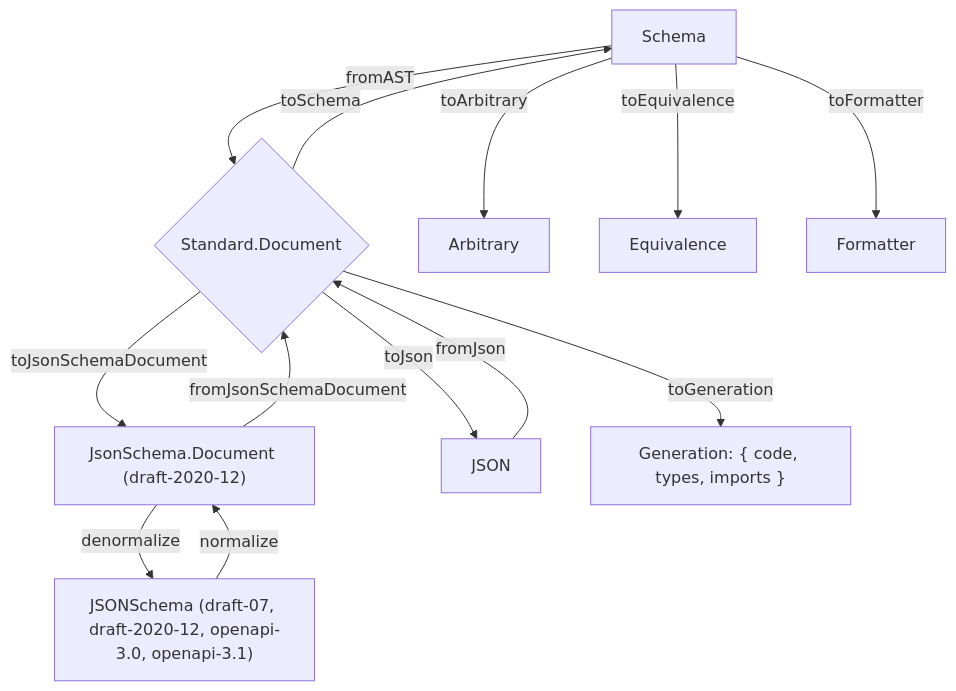
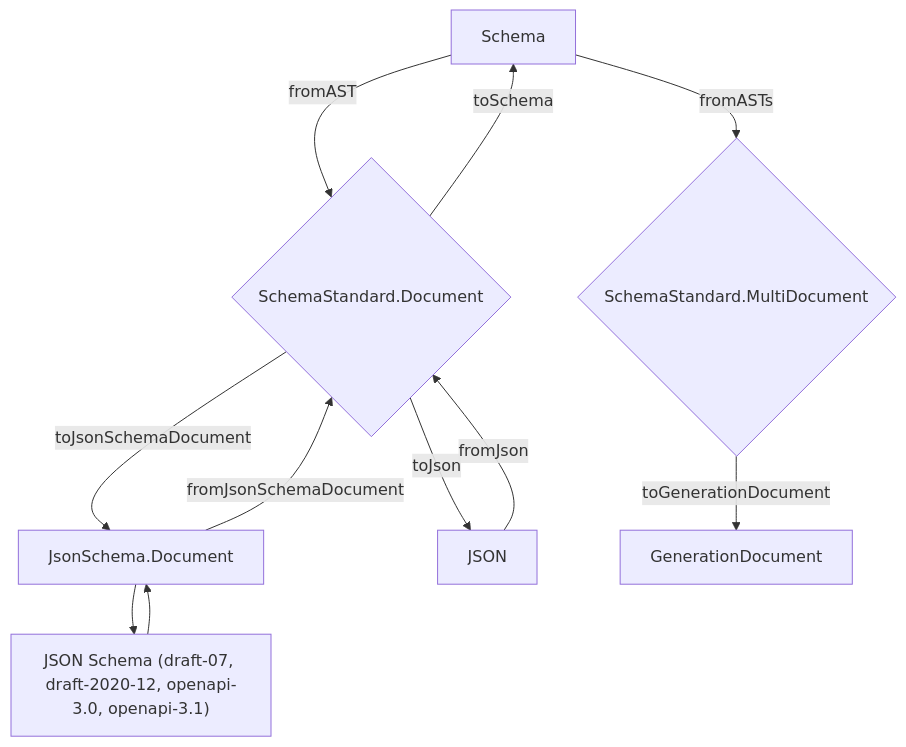
Before and after one commit to suddenlyGiovanni/effect-smol: the third of 3 diagrams in packages/effect/SCHEMA.md, drawn with Mermaid. The commit also changed other lines of this file and 7 other files, not shown here.

````diff
--- a/packages/effect/SCHEMA.md
+++ b/packages/effect/SCHEMA.md
@@ -6405,15 +610,13 @@
 ```mermaid
 flowchart TD
-    Schema -->|fromAST|StandardAST{"Standard.Document"}
-    JS["JSONSchema (draft-07, draft-2020-12, openapi-3.0, openapi-3.1)"] -->|normalize|NJS
-    NJS --> |denormalize|JS
-    NJS["JsonSchema.Document (draft-2020-12)"] -->|fromJsonSchemaDocument|StandardAST
-    StandardAST --> |toJson|JSON
-    JSON --> |fromJson|StandardAST
-    StandardAST --> |toJsonSchemaDocument|NJS
-    StandardAST --> |toSchema|Schema
-    StandardAST --> |toGeneration|Generation["Generation: { code, types, imports }"]
-    Schema --> |toArbitrary|Arbitrary
-    Schema --> |toEquivalence|Equivalence
-    Schema --> |toFormatter|Formatter
+    Schema -->|fromAST|SSD{"SchemaStandard.Document"}
+    Schema -->|fromASTs|SSMD{"SchemaStandard.MultiDocument"}
+    JS["JSON Schema (draft-07, draft-2020-12, openapi-3.0, openapi-3.1)"] -->NJS
+    NJS --> JS
+    NJS["JsonSchema.Document"] -->|fromJsonSchemaDocument|SSD
+    SSD --> |toJson|JSON
+    JSON --> |fromJson|SSD
+    SSD --> |toJsonSchemaDocument|NJS
+    SSD --> |toSchema|Schema
+    SSMD --> |toGenerationDocument|GenerationDocument["GenerationDocument"]
 ```
````
